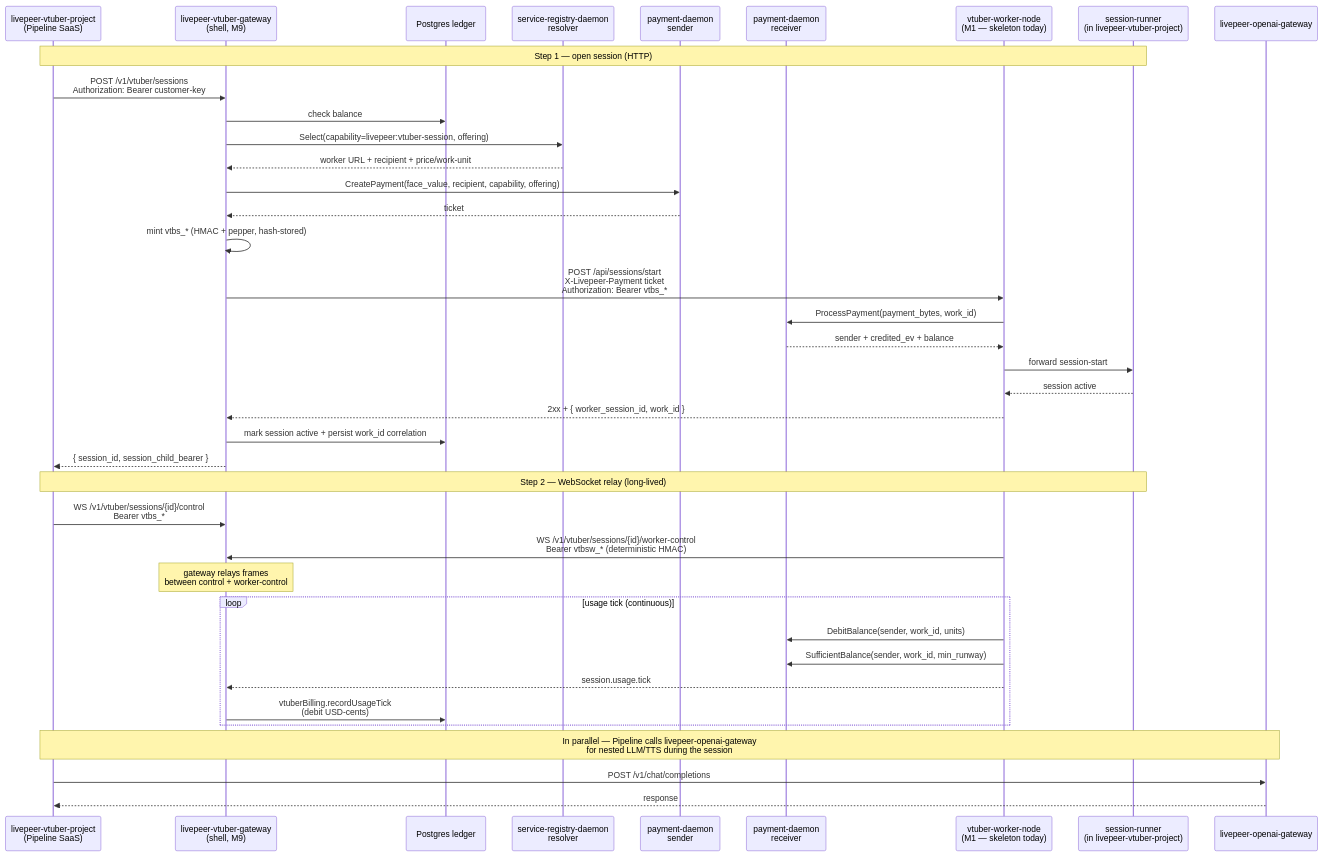
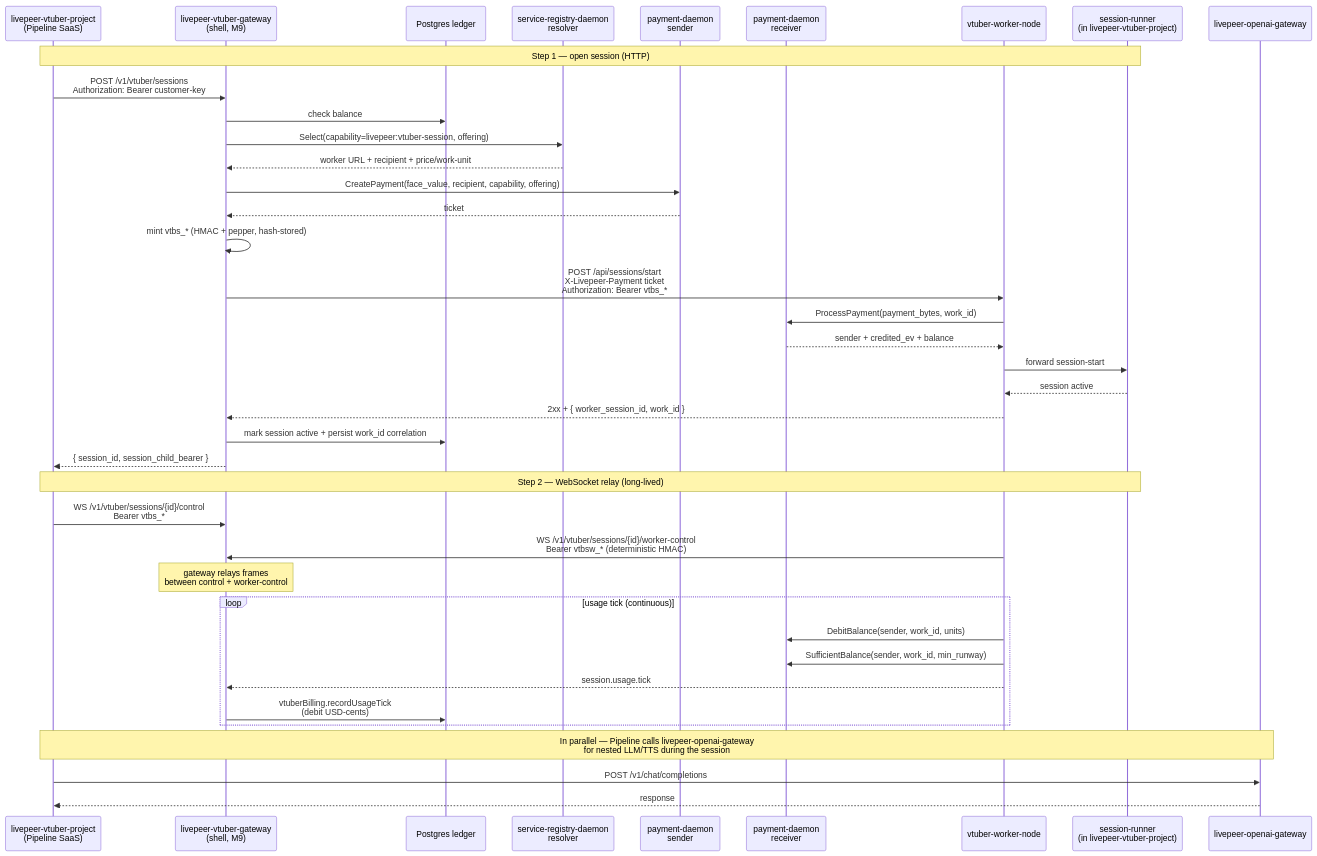
Before and after one commit to Cloud-SPE/livepeer-network-suite: the ninth of 9 diagrams in docs/design-docs/suite-architecture.md, drawn with Mermaid. The commit also changed other lines of this file and 3 other files, not shown here.

````diff
--- a/docs/design-docs/suite-architecture.md
+++ b/docs/design-docs/suite-architecture.md
@@ -1361,45 +1362,45 @@
 ```mermaid
 sequenceDiagram
     participant Pipeline as livepeer-vtuber-project<br/>(Pipeline SaaS)
     participant VTBG as livepeer-vtuber-gateway<br/>(shell, M9)
     participant DB as Postgres ledger
     participant Resolver as service-registry-daemon<br/>resolver
     participant Sender as payment-daemon<br/>sender
     participant Receiver as payment-daemon<br/>receiver
-    participant VTBW as vtuber-worker-node<br/>(M1 — skeleton today)
+    participant VTBW as vtuber-worker-node
     participant Runner as session-runner<br/>(in livepeer-vtuber-project)
     participant OAIG as livepeer-openai-gateway
 
     Note over Pipeline,Runner: Step 1 — open session (HTTP)
     Pipeline->>VTBG: POST /v1/vtuber/sessions<br/>Authorization: Bearer customer-key
     VTBG->>DB: check balance
     VTBG->>Resolver: Select(capability=livepeer:vtuber-session, offering)
     Resolver-->>VTBG: worker URL + recipient + price/work-unit
     VTBG->>Sender: CreatePayment(face_value, recipient, capability, offering)
     Sender-->>VTBG: ticket
     VTBG->>VTBG: mint vtbs_* (HMAC + pepper, hash-stored)
     VTBG->>VTBW: POST /api/sessions/start<br/>X-Livepeer-Payment ticket<br/>Authorization: Bearer vtbs_*
     VTBW->>Receiver: ProcessPayment(payment_bytes, work_id)
     Receiver-->>VTBW: sender + credited_ev + balance
     VTBW->>Runner: forward session-start
     Runner-->>VTBW: session active
     VTBW-->>VTBG: 2xx + { worker_session_id, work_id }
     VTBG->>DB: mark session active + persist work_id correlation
     VTBG-->>Pipeline: { session_id, session_child_bearer }
 
     Note over Pipeline,Runner: Step 2 — WebSocket relay (long-lived)
     Pipeline->>VTBG: WS /v1/vtuber/sessions/{id}/control<br/>Bearer vtbs_*
     VTBW->>VTBG: WS /v1/vtuber/sessions/{id}/worker-control<br/>Bearer vtbsw_* (deterministic HMAC)
     Note over VTBG: gateway relays frames<br/>between control + worker-control
 
     loop usage tick (continuous)
         VTBW->>Receiver: DebitBalance(sender, work_id, units)
         VTBW->>Receiver: SufficientBalance(sender, work_id, min_runway)
         VTBW-->>VTBG: session.usage.tick
         VTBG->>DB: vtuberBilling.recordUsageTick<br/>(debit USD-cents)
     end
 
     Note over Pipeline,OAIG: In parallel — Pipeline calls livepeer-openai-gateway<br/>for nested LLM/TTS during the session
     Pipeline->>OAIG: POST /v1/chat/completions
     OAIG-->>Pipeline: response
 ```
````
